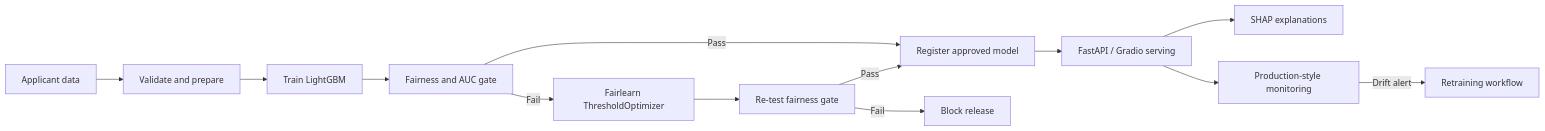
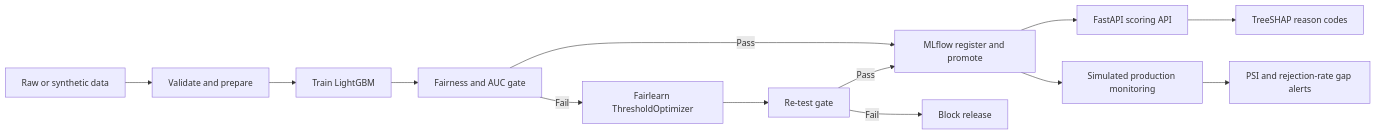
One commit to RaghavBhatambarekar/fairgate-mlops changed the diagram in README.md. Above: the diagram before and after it, drawn with Mermaid. The commit also changed other lines of this file, not shown here.

````diff
--- a/README.md
+++ b/README.md
@@ -15,15 +11,15 @@
 ```mermaid
 flowchart LR
-    A[Applicant data] --> B[Validate and prepare]
-    B --> C[Train LightGBM]
-    C --> D[Fairness and AUC gate]
-    D -->|Pass| E[Register approved model]
-    D -->|Fail| F[Fairlearn ThresholdOptimizer]
-    F --> G[Re-test fairness gate]
-    G -->|Pass| E
-    G -->|Fail| H[Block release]
-    E --> I[FastAPI / Gradio serving]
-    I --> J[SHAP explanations]
-    I --> K[Production-style monitoring]
-    K -->|Drift alert| L[Retraining workflow]
+  A[Raw or synthetic data] --> B[Validate and prepare]
+  B --> C[Train LightGBM]
+  C --> D[Fairness and AUC gate]
+  D -->|Pass| E[MLflow register and promote]
+  D -->|Fail| F[Fairlearn ThresholdOptimizer]
+  F --> G[Re-test gate]
+  G -->|Pass| E
+  G -->|Fail| H[Block release]
+  E --> I[FastAPI scoring API]
+  I --> J[TreeSHAP reason codes]
+  E --> K[Simulated production monitoring]
+  K --> L[PSI and rejection-rate gap alerts]
 ```
````
